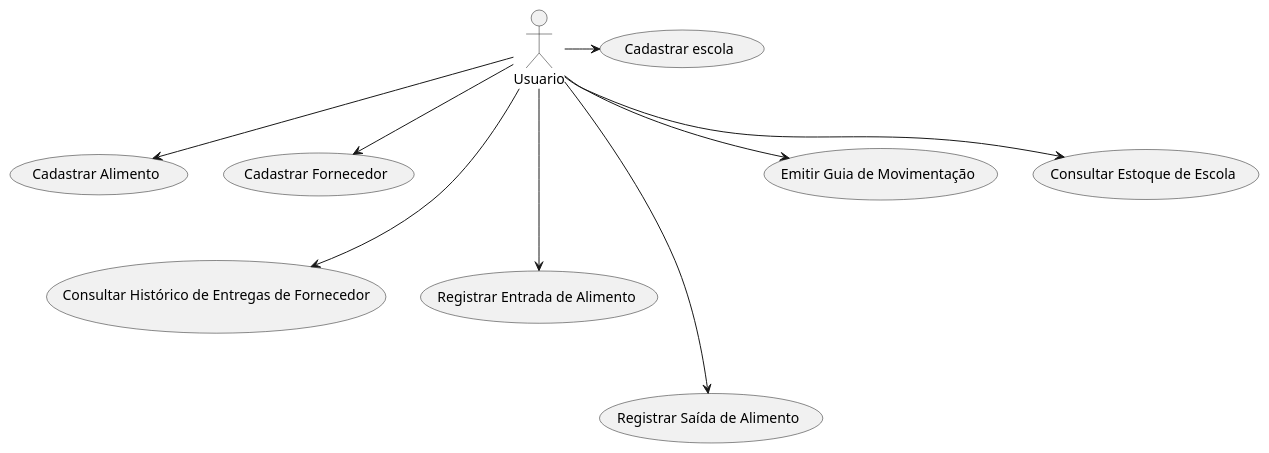
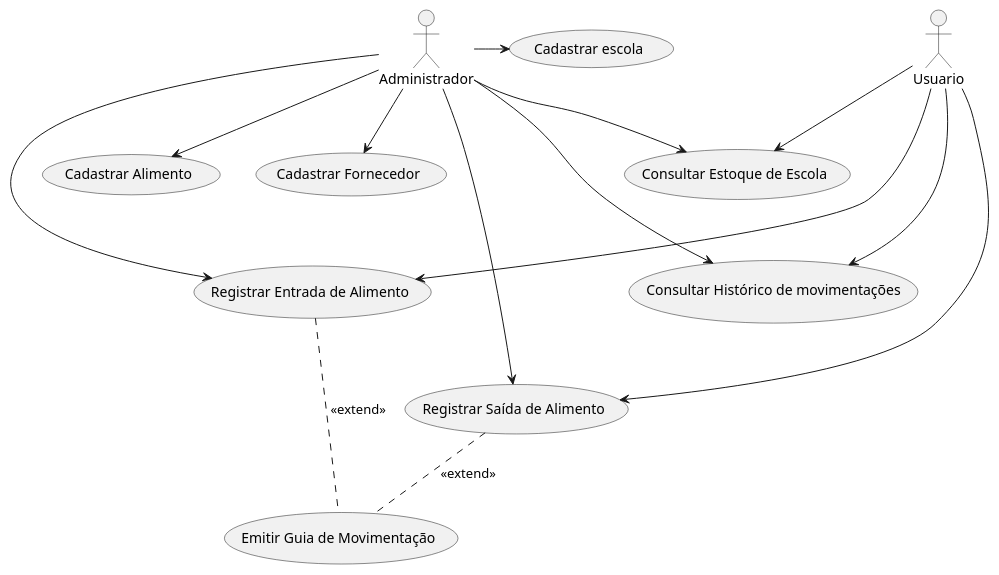
The diagram in projeto_estoque.puml (NOCKjr/TESI_I_PROJETO_ESTOQUE), drawn with PlantUML before and after one commit.

Commit message:
guia de movimentação como opcional.

```diff
--- a/projeto_estoque.puml
+++ b/projeto_estoque.puml
@@ -1,22 +1,29 @@
 @startuml
 'https://plantuml.com/use-case-diagram
 
 (Cadastrar escola) as (UC01)
 (Cadastrar Alimento) as (UC02)
 (Cadastrar Fornecedor) as (UC03)
-(Consultar Histórico de Entregas de Fornecedor) as (UC04)
+(Consultar Histórico de movimentações) as (UC04)
 (Registrar Entrada de Alimento) as (UC05)
 (Registrar Saída de Alimento) as (UC06)
 (Emitir Guia de Movimentação) as (UC07)
 (Consultar Estoque de Escola) as (UC08)
 
 
-Usuario -> (UC01)
-Usuario --> (UC02)
-Usuario --> (UC03)
+Administrador -> (UC01)
+Administrador --> (UC02)
+Administrador --> (UC03)
+Administrador ---> (UC04)
+Administrador ---> (UC05)
+Administrador ----> (UC06)
+Administrador --> (UC08)
+
 Usuario ---> (UC04)
 Usuario ---> (UC05)
 Usuario ----> (UC06)
-Usuario --> (UC07)
 Usuario --> (UC08)
+
+(UC05) .. (UC07) : <<extend>>
+(UC06) .. (UC07) : <<extend>>
 @enduml
```
